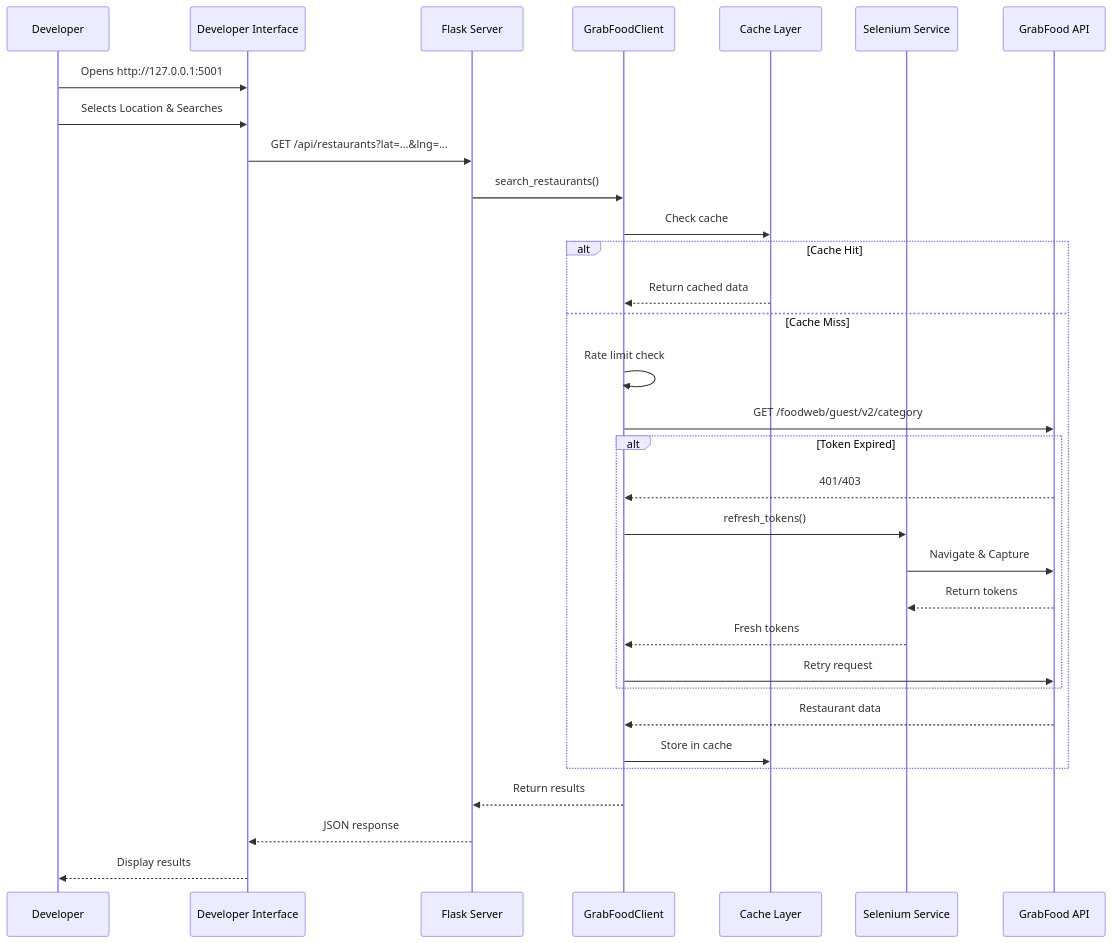
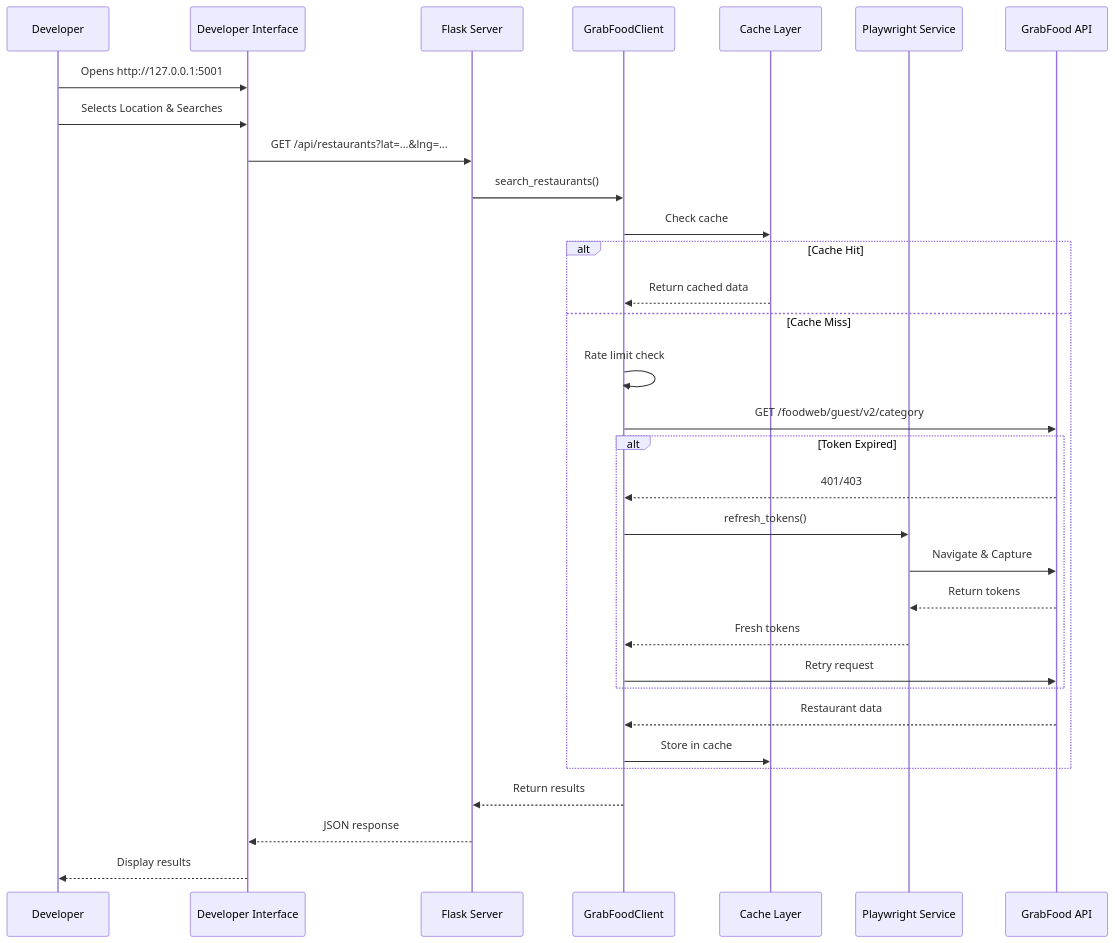
The diagram in README.md (lightyoruichi/grabfood-api), drawn with Mermaid before and after one commit. The commit also changed other lines of this file and 11 other files, not shown here.

First line of the commit message:
Refactor: Replace Selenium with Playwright

````diff
--- a/README.md
+++ b/README.md
@@ -206,38 +210,38 @@
 ```mermaid
 sequenceDiagram
     participant Dev as Developer
     participant UI as Developer Interface
     participant Server as Flask Server
     participant Client as GrabFoodClient
     participant Cache as Cache Layer
-    participant Selenium as Selenium Service
+    participant Playwright as Playwright Service
     participant Grab as GrabFood API
 
     Dev->>UI: Opens http://127.0.0.1:5001
     Dev->>UI: Selects Location & Searches
     
     UI->>Server: GET /api/restaurants?lat=...&lng=...
     Server->>Client: search_restaurants()
     
     Client->>Cache: Check cache
     alt Cache Hit
         Cache-->>Client: Return cached data
     else Cache Miss
         Client->>Client: Rate limit check
         Client->>Grab: GET /foodweb/guest/v2/category
         alt Token Expired
             Grab-->>Client: 401/403
-            Client->>Selenium: refresh_tokens()
-            Selenium->>Grab: Navigate & Capture
-            Grab-->>Selenium: Return tokens
-            Selenium-->>Client: Fresh tokens
+            Client->>Playwright: refresh_tokens()
+            Playwright->>Grab: Navigate & Capture
+            Grab-->>Playwright: Return tokens
+            Playwright-->>Client: Fresh tokens
             Client->>Grab: Retry request
         end
         Grab-->>Client: Restaurant data
         Client->>Cache: Store in cache
     end
     
     Client-->>Server: Return results
     Server-->>UI: JSON response
     UI-->>Dev: Display results
 ```
````
